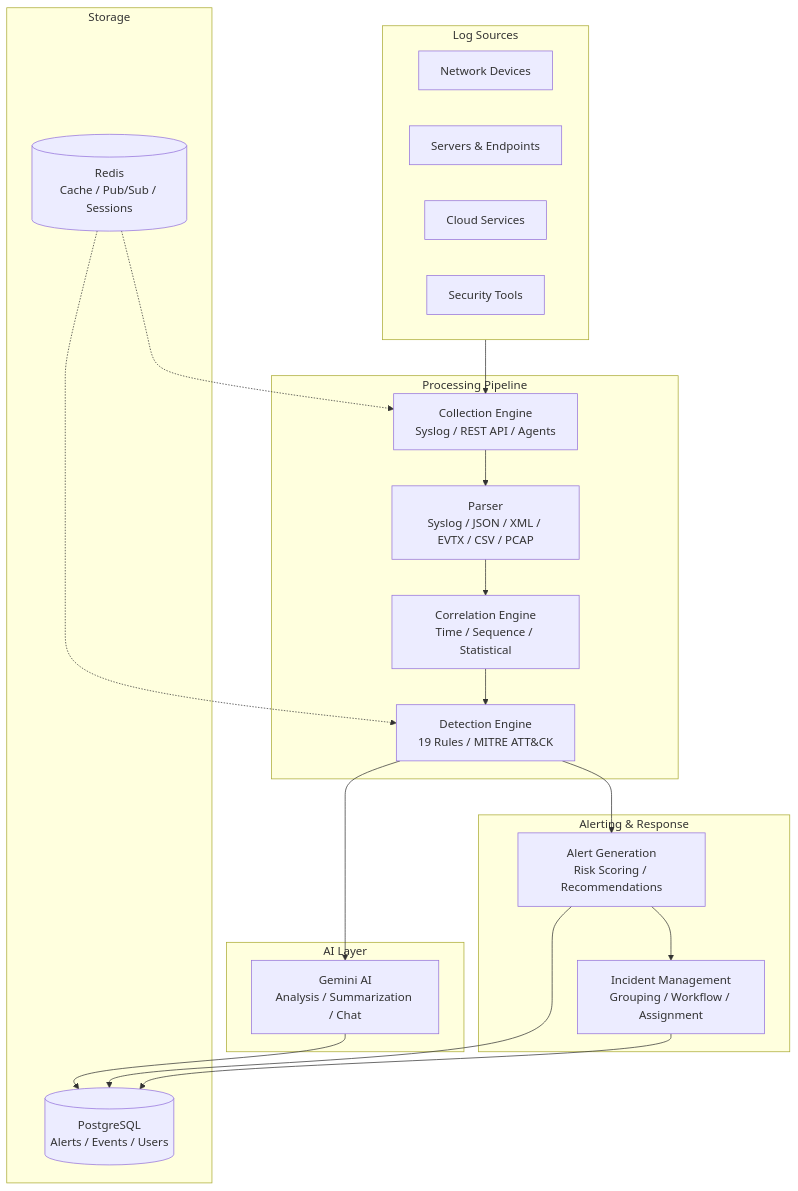
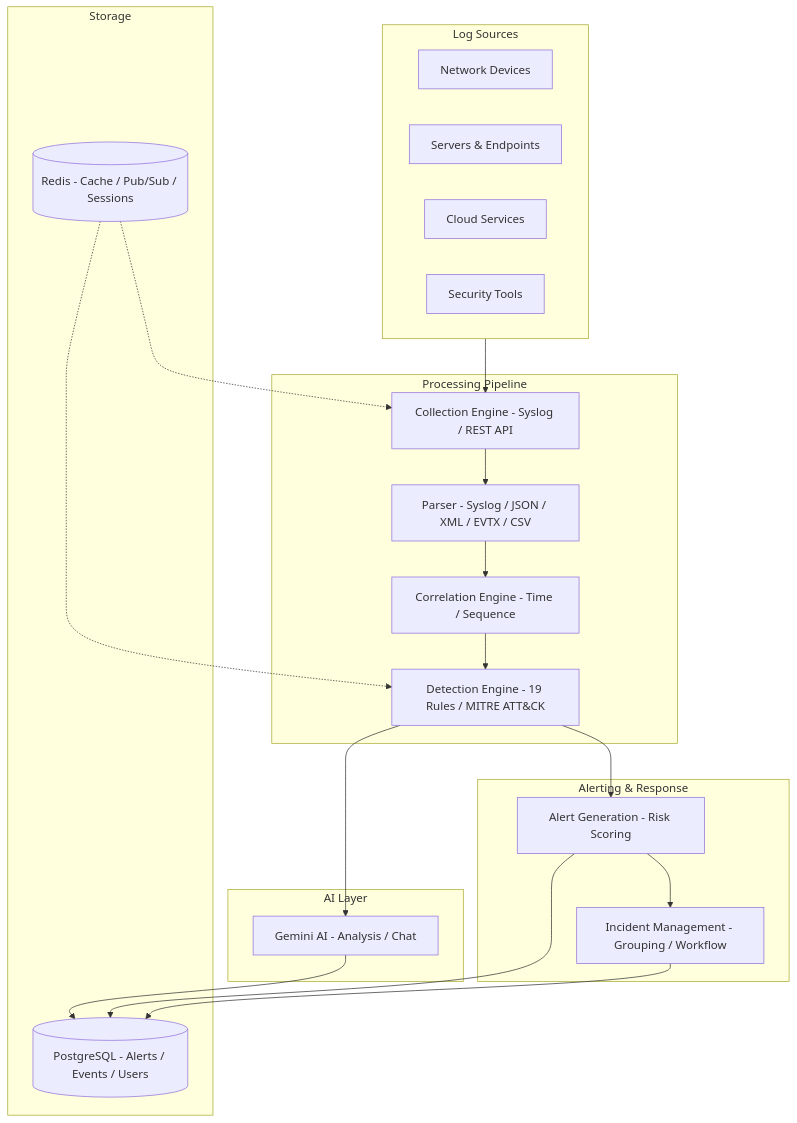
The second of 2 diagrams in README.md (Shravani-kurkute/SOC-Analayzer), drawn with Mermaid before and after one commit. The commit also changed other lines of this file and 3 other files, not shown here.

First line of the commit message:
docs: fix GitHub Mermaid compatibility

````diff
--- a/README.md
+++ b/README.md
@@ -90,43 +98,43 @@
 ```mermaid
 flowchart TB
     subgraph Sources["Log Sources"]
         S1["Network Devices"]
         S2["Servers & Endpoints"]
         S3["Cloud Services"]
         S4["Security Tools"]
     end
 
     subgraph Pipeline["Processing Pipeline"]
-        C["Collection Engine<br/>Syslog / REST API / Agents"]
-        P["Parser<br/>Syslog / JSON / XML / EVTX / CSV / PCAP"]
-        COR["Correlation Engine<br/>Time / Sequence / Statistical"]
-        D["Detection Engine<br/>19 Rules / MITRE ATT&CK"]
+        C["Collection Engine - Syslog / REST API"]
+        P["Parser - Syslog / JSON / XML / EVTX / CSV"]
+        COR["Correlation Engine - Time / Sequence"]
+        D["Detection Engine - 19 Rules / MITRE ATT&CK"]
     end
 
     subgraph Response["Alerting & Response"]
-        A["Alert Generation<br/>Risk Scoring / Recommendations"]
-        I["Incident Management<br/>Grouping / Workflow / Assignment"]
+        A["Alert Generation - Risk Scoring"]
+        I["Incident Management - Grouping / Workflow"]
     end
 
     subgraph AI["AI Layer"]
-        AI_ENG["Gemini AI<br/>Analysis / Summarization / Chat"]
+        AI_ENG["Gemini AI - Analysis / Chat"]
     end
 
     subgraph Storage["Storage"]
-        PG[("PostgreSQL<br/>Alerts / Events / Users")]
-        RD[("Redis<br/>Cache / Pub/Sub / Sessions")]
+        PG[("PostgreSQL - Alerts / Events / Users")]
+        RD[("Redis - Cache / Pub/Sub / Sessions")]
     end
 
     Sources --> C
     C --> P
     P --> COR
     COR --> D
     D --> A
     D --> AI_ENG
     A --> I
     A --> PG
     I --> PG
     AI_ENG --> PG
     RD -.-> C
     RD -.-> D
 ```
````
